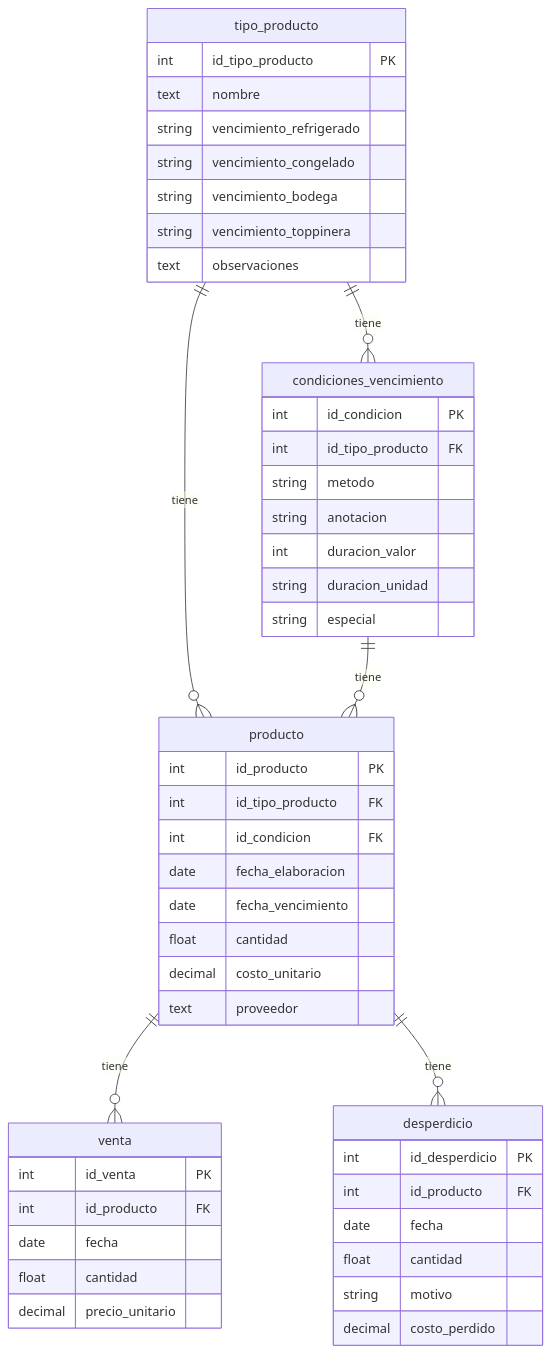
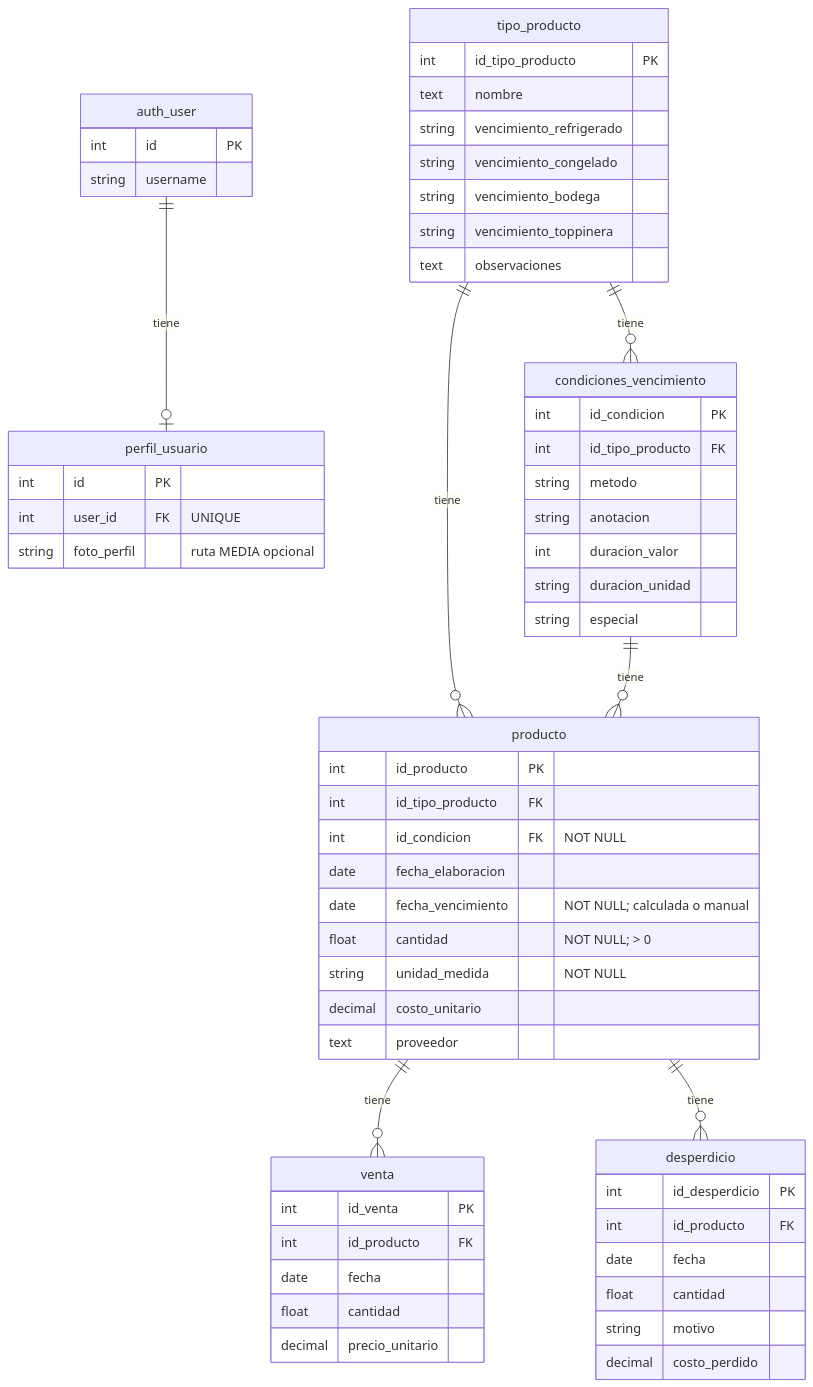
The diagram in docs/architecture/ARCHITECTURE.MD (xaviDuar/ControlStock), drawn with Mermaid before and after one commit. The commit also changed other lines of this file and 18 other files, not shown here.

````diff
--- a/docs/architecture/ARCHITECTURE.MD
+++ b/docs/architecture/ARCHITECTURE.MD
@@ -72,51 +76,62 @@
 ```mermaid
 erDiagram
+    auth_user {
+        int id PK
+        string username
+    }
+    perfil_usuario {
+        int id PK
+        int user_id FK "UNIQUE"
+        string foto_perfil "ruta MEDIA opcional"
+    }
     tipo_producto {
         int id_tipo_producto PK
         text nombre
         string vencimiento_refrigerado
         string vencimiento_congelado
         string vencimiento_bodega
         string vencimiento_toppinera
         text observaciones
     }
     condiciones_vencimiento {
         int id_condicion PK
         int id_tipo_producto FK
         string metodo
         string anotacion
         int duracion_valor
         string duracion_unidad
         string especial
     }
     producto {
         int id_producto PK
         int id_tipo_producto FK
-        int id_condicion FK
+        int id_condicion FK "NOT NULL"
         date fecha_elaboracion
-        date fecha_vencimiento
-        float cantidad
+        date fecha_vencimiento "NOT NULL; calculada o manual"
+        float cantidad "NOT NULL; > 0"
+        string unidad_medida "NOT NULL"
         decimal costo_unitario
         text proveedor
     }
     venta {
         int id_venta PK
         int id_producto FK
         date fecha
         float cantidad
         decimal precio_unitario
     }
     desperdicio {
         int id_desperdicio PK
         int id_producto FK
         date fecha
         float cantidad
         string motivo
         decimal costo_perdido
     }
+    auth_user ||--o| perfil_usuario : tiene
     tipo_producto ||--o{ condiciones_vencimiento : tiene
     tipo_producto ||--o{ producto : tiene
     condiciones_vencimiento ||--o{ producto : tiene
     producto ||--o{ venta : tiene
     producto ||--o{ desperdicio : tiene
 ```
````
